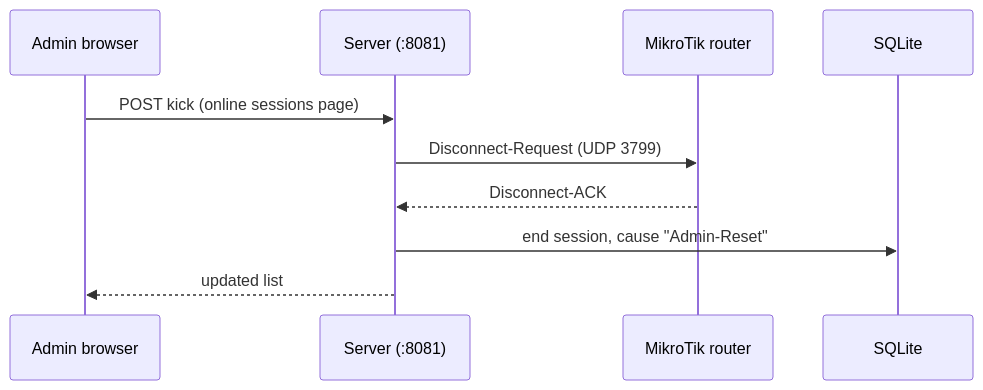
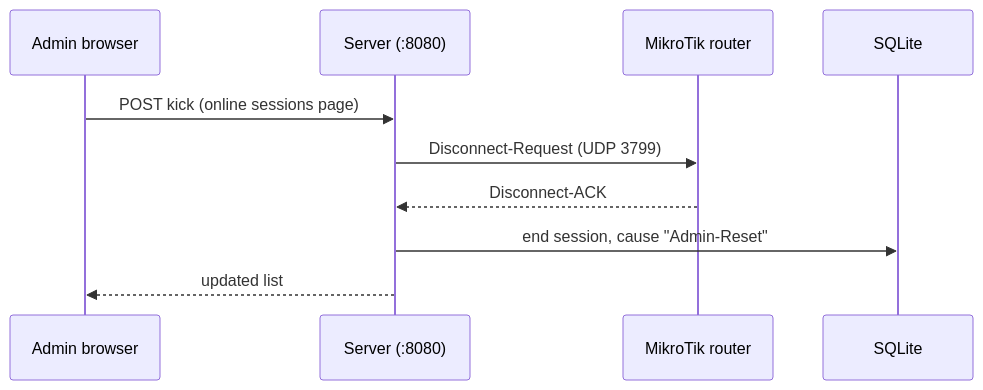
The fourth of 5 diagrams in README.md (pysf/HotspotPlusLight), drawn with Mermaid before and after one commit. The commit also changed other lines of this file and 30 other files, not shown here.

````diff
--- a/README.md
+++ b/README.md
@@ -75,12 +75,12 @@
 ```mermaid
 sequenceDiagram
     participant A as Admin browser
-    participant S as Server (:8081)
+    participant S as Server (:8080)
     participant R as MikroTik router
     participant D as SQLite
     A->>S: POST kick (online sessions page)
     S->>R: Disconnect-Request (UDP 3799)
     R-->>S: Disconnect-ACK
     S->>D: end session, cause "Admin-Reset"
     S-->>A: updated list
 ```
````
